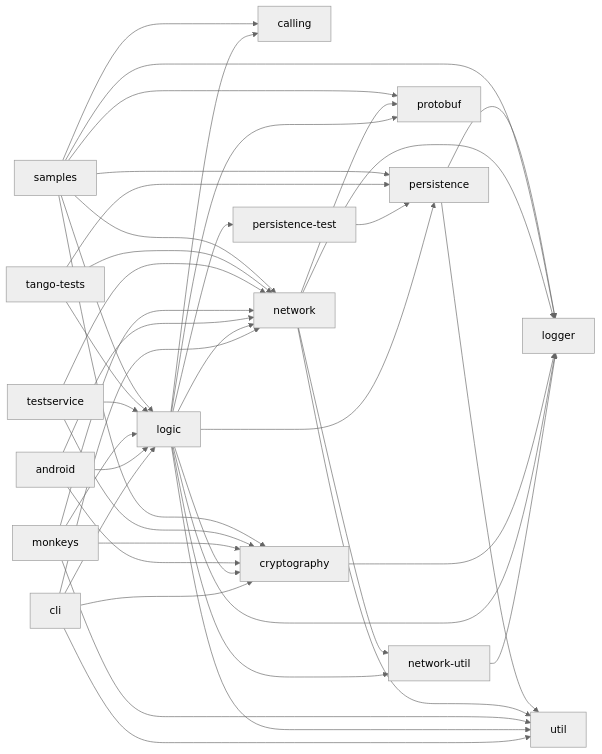
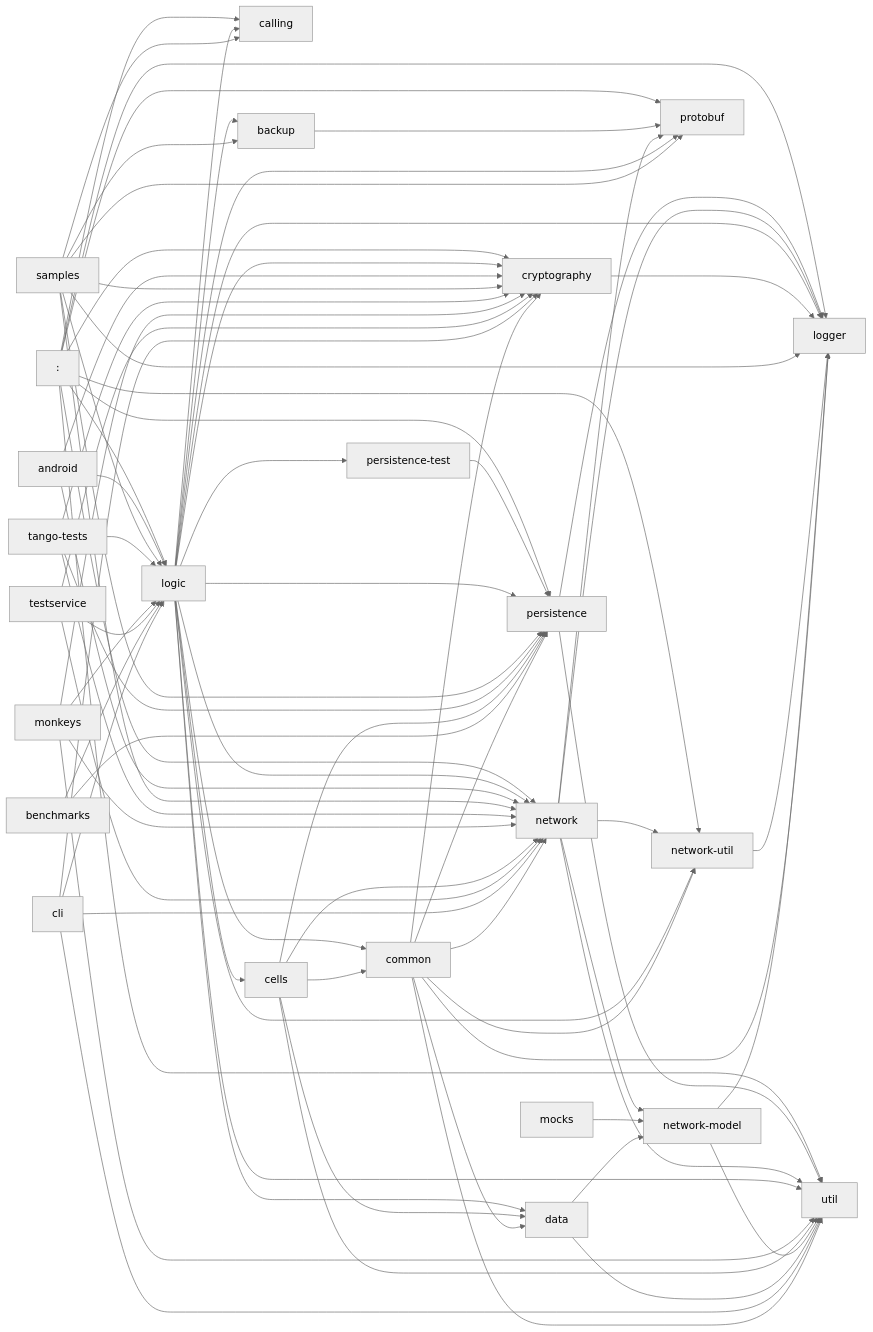
Before and after one commit to wireapp/kalium: the diagram in README.md, drawn with Mermaid. The commit also changed other lines of this file and 2 other files, not shown here.

Commit message:
update modules deps

````diff
--- a/README.md
+++ b/README.md
@@ -134,47 +134,146 @@
 }%%
 
 graph LR
+  :logic["logic"]
+  :cryptography["cryptography"]
+  :util["util"]
+  :network["network"]
+  :network-util["network-util"]
+  :persistence["persistence"]
+  :logger["logger"]
+  :calling["calling"]
+  :protobuf["protobuf"]
+  :persistence["persistence"]
+  :logger["logger"]
+  :util["util"]
+  :backup["backup"]
+  :protobuf["protobuf"]
+  :persistence-test["persistence-test"]
+  :persistence["persistence"]
+  :network["network"]
+  :network-model["network-model"]
+  :network-util["network-util"]
+  :logic["logic"]
+  :common["common"]
+  :data["data"]
+  :calling["calling"]
+  :network["network"]
+  :cryptography["cryptography"]
+  :cells["cells"]
+  :backup["backup"]
+  :persistence-test["persistence-test"]
+  :cryptography["cryptography"]
+  :android["android"]
+  :network["network"]
+  :cryptography["cryptography"]
+  :logic["logic"]
+  :mocks["mocks"]
+  :network-model["network-model"]
+  :samples["samples"]
+  :logic["logic"]
+  :calling["calling"]
+  :backup["backup"]
+  :cryptography["cryptography"]
+  :protobuf["protobuf"]
+  :logger["logger"]
+  :network["network"]
+  :persistence["persistence"]
+  :network-util["network-util"]
+  :tango-tests["tango-tests"]
+  :network["network"]
+  :logic["logic"]
+  :persistence["persistence"]
+  :cryptography["cryptography"]
+  :monkeys["monkeys"]
+  :util["util"]
+  :cells["cells"]
+  :network-model["network-model"]
+  :testservice["testservice"]
+  :data["data"]
+  :benchmarks["benchmarks"]
+  :persistence["persistence"]
+  :logic["logic"]
+  :cli["cli"]
+  :network["network"]
+  :util["util"]
+  :common["common"]
 
-  persistence --> logger
-  persistence --> util
-  samples --> logic
-  samples --> calling
-  samples --> network
-  samples --> cryptography
-  samples --> persistence
-  samples --> protobuf
-  samples --> logger
-  tango-tests --> network
-  tango-tests --> logic
-  tango-tests --> persistence
-  persistence-test --> persistence
-  testservice --> network
-  testservice --> cryptography
-  testservice --> logic
-  network --> logger
-  network --> protobuf
-  network --> util
-  network --> network-util
-  cryptography --> logger
-  monkeys --> network
-  monkeys --> cryptography
-  monkeys --> logic
-  monkeys --> util
-  android --> network
-  android --> cryptography
-  android --> logic
-  logic --> network-util
-  logic --> logger
-  logic --> calling
-  logic --> network
-  logic --> cryptography
-  logic --> persistence
-  logic --> protobuf
-  logic --> util
-  logic --> persistence-test
-  cli --> network
-  cli --> cryptography
-  cli --> logic
-  cli --> util
-  network-util --> logger
+  : --> :logic
+  : --> :cryptography
+  : --> :util
+  : --> :network
+  : --> :network-util
+  : --> :persistence
+  : --> :logger
+  : --> :calling
+  : --> :protobuf
+  :persistence --> :logger
+  :persistence --> :util
+  :backup --> :protobuf
+  :persistence-test --> :persistence
+  :network --> :network-model
+  :network --> :logger
+  :network --> :protobuf
+  :network --> :util
+  :network --> :network-util
+  :logic --> :common
+  :logic --> :data
+  :logic --> :network-util
+  :logic --> :logger
+  :logic --> :calling
+  :logic --> :network
+  :logic --> :cryptography
+  :logic --> :persistence
+  :logic --> :protobuf
+  :logic --> :util
+  :logic --> :cells
+  :logic --> :backup
+  :logic --> :persistence-test
+  :cryptography --> :logger
+  :android --> :network
+  :android --> :cryptography
+  :android --> :logic
+  :mocks --> :network-model
+  :samples --> :logic
+  :samples --> :calling
+  :samples --> :backup
+  :samples --> :cryptography
+  :samples --> :protobuf
+  :samples --> :logger
+  :samples --> :network
+  :samples --> :persistence
+  :network-util --> :logger
+  :tango-tests --> :network
+  :tango-tests --> :logic
+  :tango-tests --> :persistence
+  :tango-tests --> :cryptography
+  :monkeys --> :network
+  :monkeys --> :cryptography
+  :monkeys --> :logic
+  :monkeys --> :util
+  :cells --> :common
+  :cells --> :network
+  :cells --> :data
+  :cells --> :util
+  :cells --> :persistence
+  :network-model --> :logger
+  :network-model --> :util
+  :testservice --> :network
+  :testservice --> :cryptography
+  :testservice --> :logic
+  :data --> :network-model
+  :data --> :util
+  :benchmarks --> :persistence
+  :benchmarks --> :logic
+  :cli --> :network
+  :cli --> :cryptography
+  :cli --> :logic
+  :cli --> :util
+  :common --> :data
+  :common --> :logger
+  :common --> :util
+  :common --> :persistence
+  :common --> :network
+  :common --> :network-util
+  :common --> :cryptography
 ```
````
